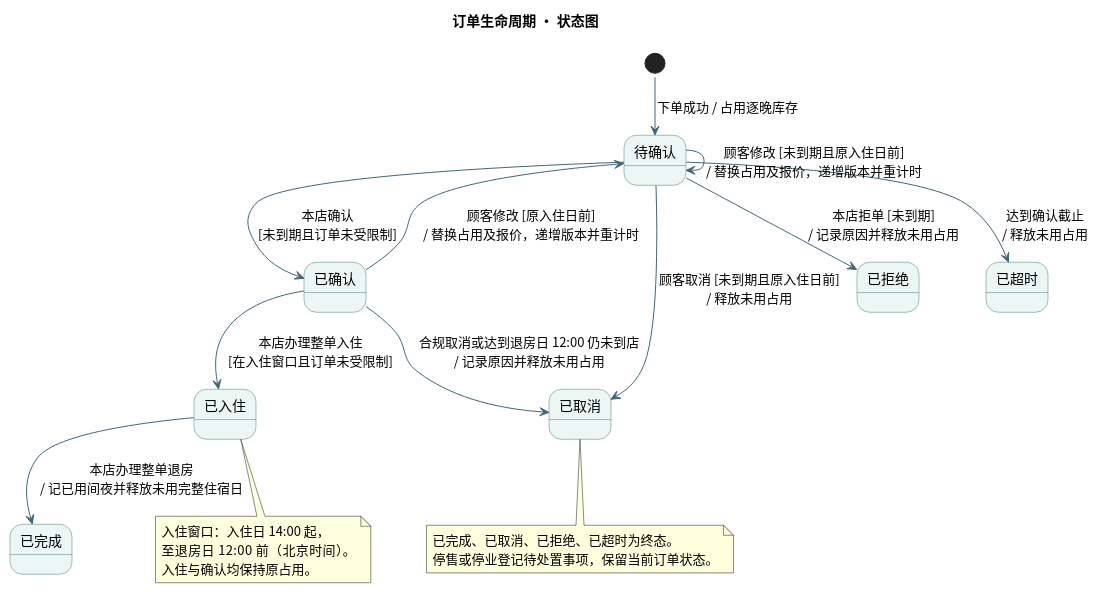
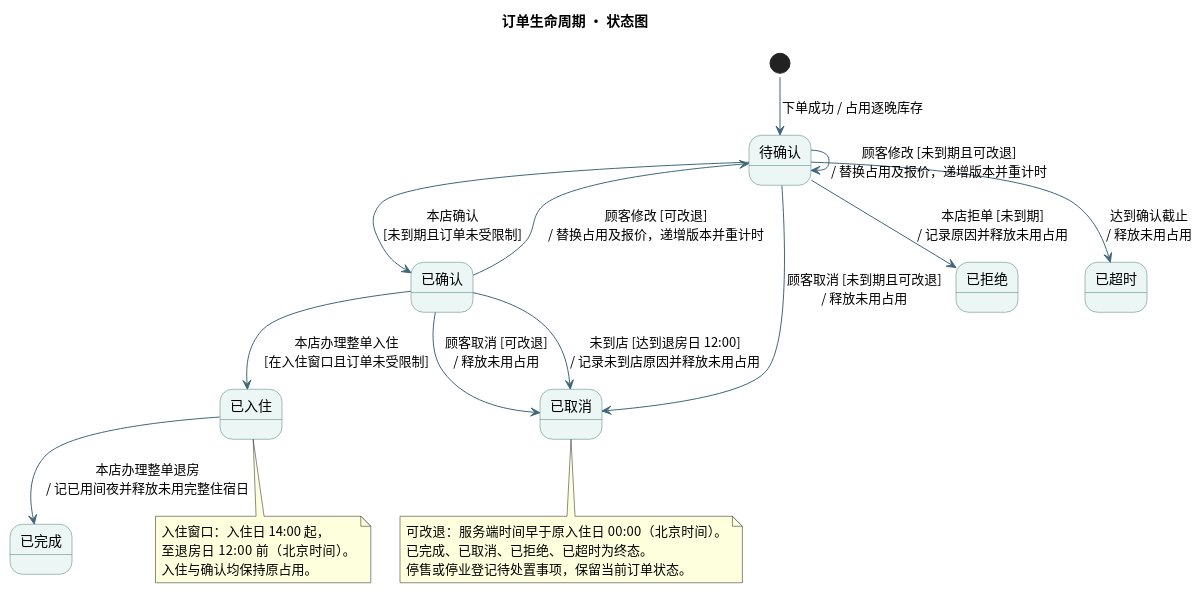
One commit to shizuyi1234/hotel-reservation-labs changed the diagram in lab2/UML/UML状态图.puml. Above: the diagram before and after it, drawn with PlantUML. The commit also changed 3 other files, not shown here.

```diff
--- a/lab2/UML/UML状态图.puml
+++ b/lab2/UML/UML状态图.puml
@@ -1,40 +1,42 @@
 @startuml
 !pragma layout smetana
 title 订单生命周期 · 状态图
 skinparam defaultFontName Noto Sans CJK SC
 skinparam shadowing false
 skinparam stateBackgroundColor #ECF6F4
 skinparam stateBorderColor #497D79
 skinparam ArrowColor #406779
 skinparam nodesep 42
 skinparam ranksep 56
 
 state "待确认" as Pending
 state "已确认" as Confirmed
 state "已入住" as InHouse
 state "已完成" as Completed
 state "已取消" as Cancelled
 state "已拒绝" as Rejected
 state "已超时" as Expired
 
 [*] --> Pending : 下单成功 / 占用逐晚库存
 Pending --> Confirmed : 本店确认\n[未到期且订单未受限制]
 Pending --> Rejected : 本店拒单 [未到期]\n/ 记录原因并释放未用占用
 Pending --> Expired : 达到确认截止\n/ 释放未用占用
-Pending --> Cancelled : 顾客取消 [未到期且原入住日前]\n/ 释放未用占用
-Confirmed --> Cancelled : 合规取消或达到退房日 12:00 仍未到店\n/ 记录原因并释放未用占用
-Pending --> Pending : 顾客修改 [未到期且原入住日前]\n/ 替换占用及报价，递增版本并重计时
-Confirmed --> Pending : 顾客修改 [原入住日前]\n/ 替换占用及报价，递增版本并重计时
+Pending --> Cancelled : 顾客取消 [未到期且可改退]\n/ 释放未用占用
+Confirmed --> Cancelled : 顾客取消 [可改退]\n/ 释放未用占用
+Confirmed --> Cancelled : 未到店 [达到退房日 12:00]\n/ 记录未到店原因并释放未用占用
+Pending --> Pending : 顾客修改 [未到期且可改退]\n/ 替换占用及报价，递增版本并重计时
+Confirmed --> Pending : 顾客修改 [可改退]\n/ 替换占用及报价，递增版本并重计时
 Confirmed --> InHouse : 本店办理整单入住\n[在入住窗口且订单未受限制]
 InHouse --> Completed : 本店办理整单退房\n/ 记已用间夜并释放未用完整住宿日
 
 note bottom of InHouse
   入住窗口：入住日 14:00 起，
   至退房日 12:00 前（北京时间）。
   入住与确认均保持原占用。
 end note
 note bottom of Cancelled
+  可改退：服务端时间早于原入住日 00:00（北京时间）。
   已完成、已取消、已拒绝、已超时为终态。
   停售或停业登记待处置事项，保留当前订单状态。
 end note
 @enduml
```
